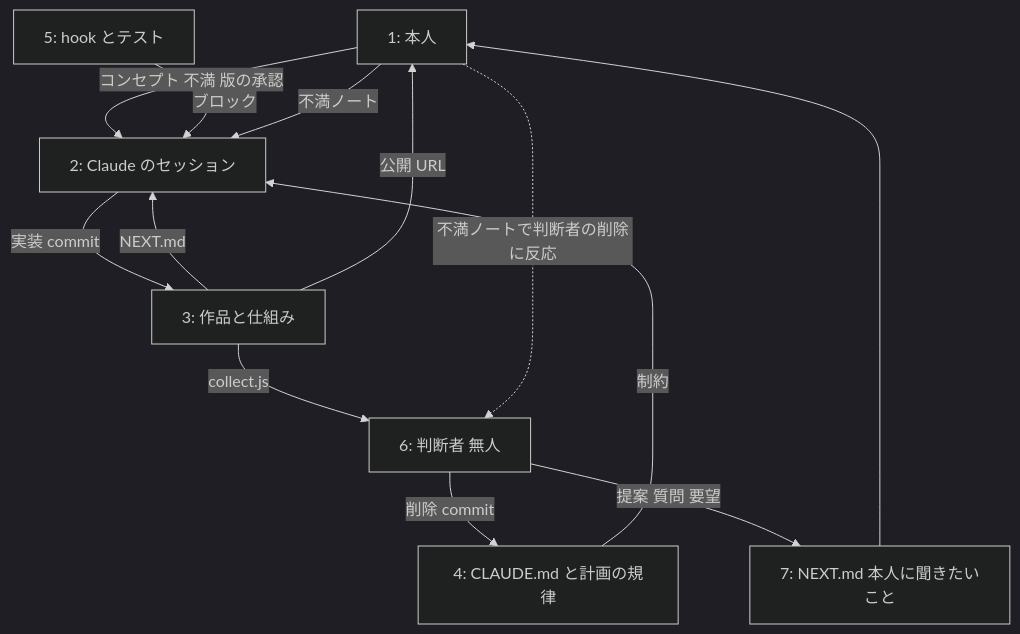
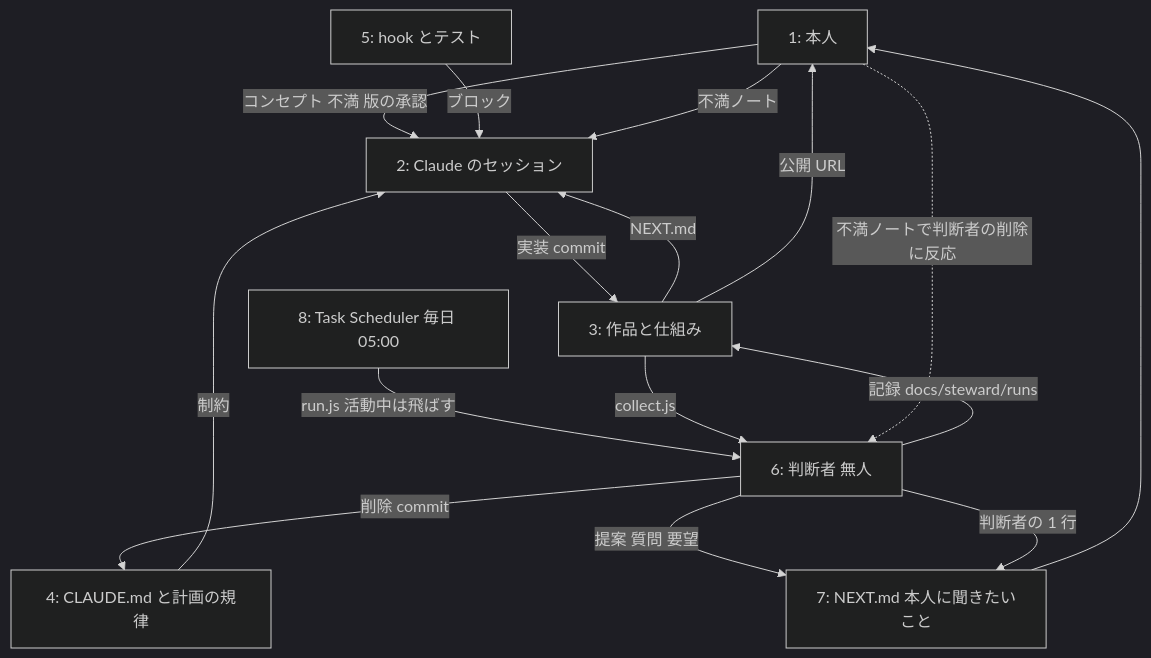
Before and after one commit to pokadokan-boop/music_action_lab: the diagram in docs/steward/control-structure.md, drawn with Mermaid (dark theme). The commit also changed other lines of this file and 2 other files, not shown here.

First line of the commit message:
[仕組み] 判断者: 2026-10-29 の記録

````diff
--- a/docs/steward/control-structure.md
+++ b/docs/steward/control-structure.md
@@ -4,15 +4,18 @@
 ```mermaid
 graph TD
     H[1: 本人] -->|コンセプト 不満 版の承認| C[2: Claude のセッション]
     C -->|実装 commit| W[3: 作品と仕組み]
     K[4: CLAUDE.md と計画の規律] -->|制約| C
     G[5: hook とテスト] -->|ブロック| C
     W -->|NEXT.md| C
     W -->|公開 URL| H
     H -->|不満ノート| C
-    J[6: 判断者 無人] -->|削除 commit| K
+    S[8: Task Scheduler 毎日 05:00] -->|run.js 活動中は飛ばす| J[6: 判断者 無人]
+    J -->|削除 commit| K
+    J -->|記録 docs/steward/runs| W
     J -->|提案 質問 要望| N[7: NEXT.md 本人に聞きたいこと]
+    J -->|判断者の 1 行| N
     N --> H
     W -->|collect.js| J
     H -.->|不満ノートで判断者の削除に反応| J
 ```
````
